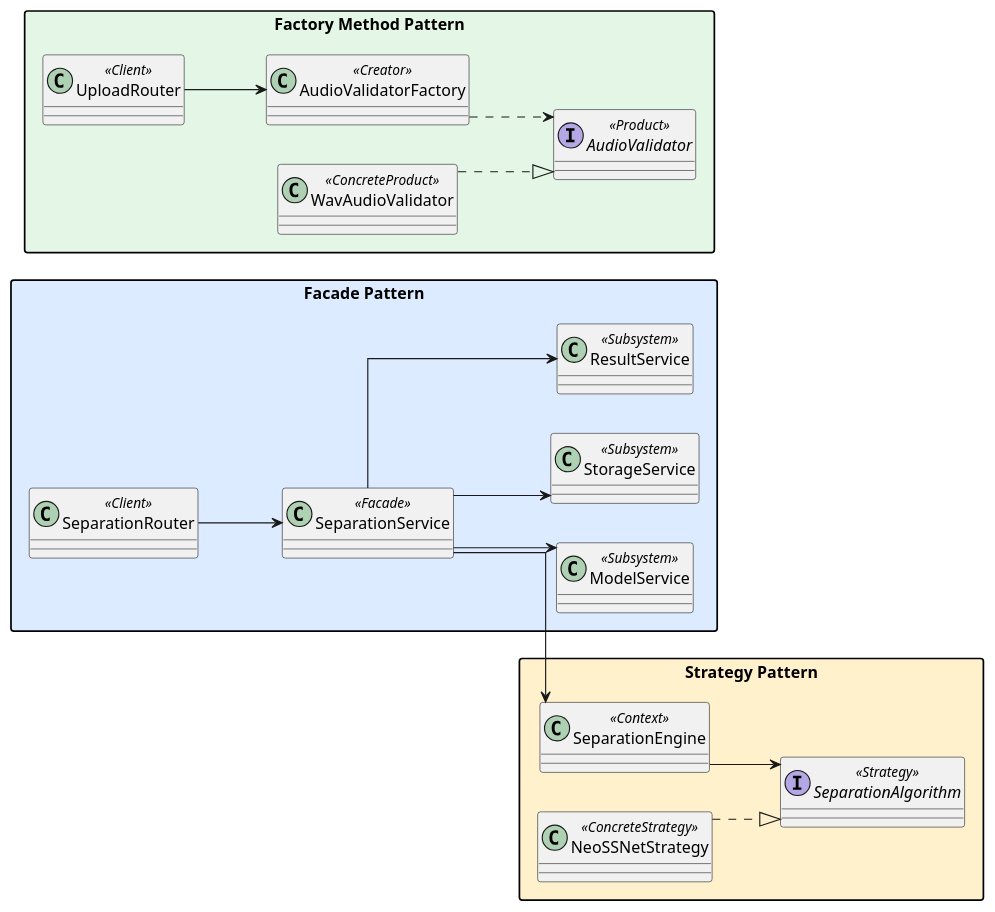
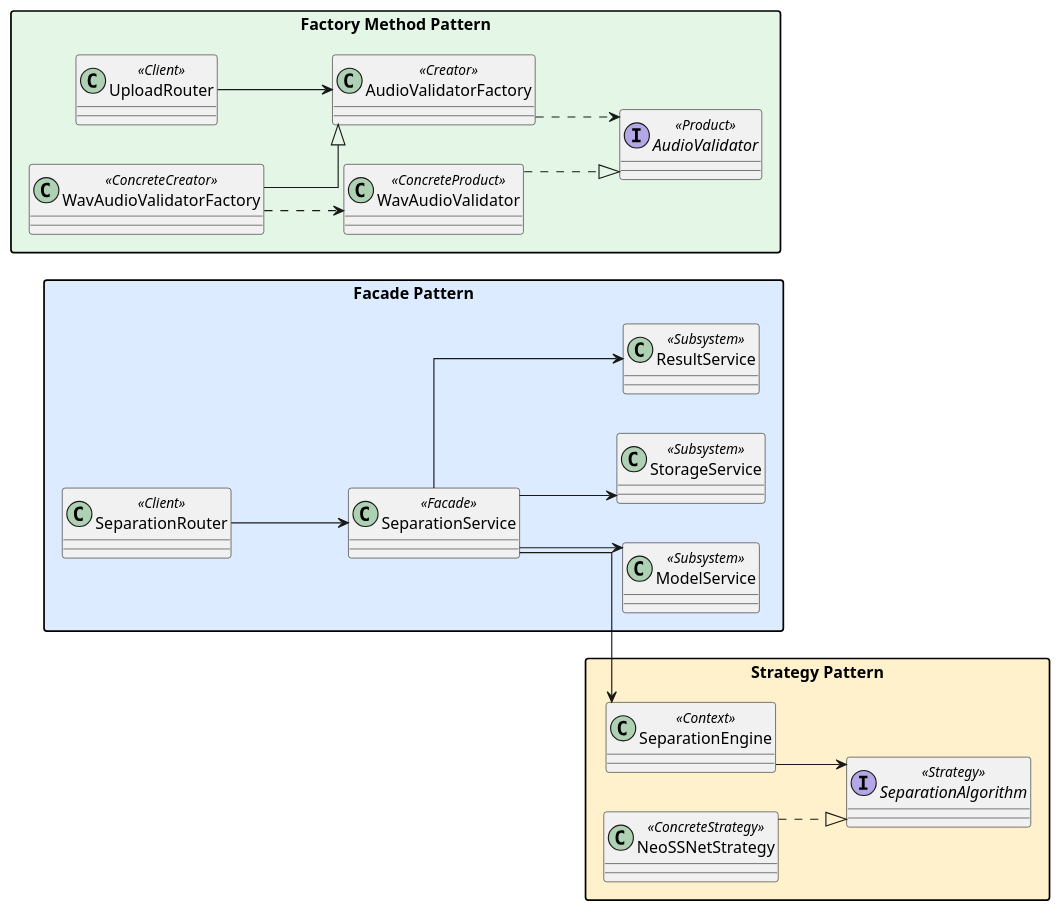
The diagram in docs/software_design_report/diagrams/puml/overall_alt_grouped_boxes.puml (ASHRAF-2004/Machine-Learning-Based-System-for-Cardiopulmonary-Sound-Separation), drawn with PlantUML before and after one commit. The commit also changed 18 other files, not shown here.

```diff
--- a/docs/software_design_report/diagrams/puml/overall_alt_grouped_boxes.puml
+++ b/docs/software_design_report/diagrams/puml/overall_alt_grouped_boxes.puml
@@ -1,42 +1,45 @@
 @startuml
 ' Alternative 1: grouped colored pattern boxes.
 
 left to right direction
 skinparam classAttributeIconSize 0
 skinparam linetype ortho
 skinparam shadowing false
 skinparam packageStyle rectangle
 
 package "Facade Pattern" as F #DCEBFF {
   class "SeparationRouter" as FRouter <<Client>>
   class "SeparationService" as FService <<Facade>>
   class "ModelService" as FModel <<Subsystem>>
   class "StorageService" as FStorage <<Subsystem>>
   class "ResultService" as FResult <<Subsystem>>
 }
 
 package "Strategy Pattern" as S #FFF1CC {
   class "SeparationEngine" as SEngine <<Context>>
   interface "SeparationAlgorithm" as SAlgorithm <<Strategy>>
   class "NeoSSNetStrategy" as SNeoSSNet <<ConcreteStrategy>>
 }
 
 package "Factory Method Pattern" as M #E4F7E7 {
   class "UploadRouter" as MRouter <<Client>>
   class "AudioValidatorFactory" as MFactory <<Creator>>
+  class "WavAudioValidatorFactory" as MWavFactory <<ConcreteCreator>>
   interface "AudioValidator" as MProduct <<Product>>
   class "WavAudioValidator" as MWav <<ConcreteProduct>>
 }
 
 FRouter --> FService
 FService --> FModel
 FService --> FStorage
 FService --> FResult
 FService --> SEngine
 SEngine --> SAlgorithm
 SNeoSSNet ..|> SAlgorithm
 MRouter --> MFactory
+MWavFactory --|> MFactory
 MFactory ..> MProduct
+MWavFactory ..> MWav
 MWav ..|> MProduct
 
 @enduml
```
